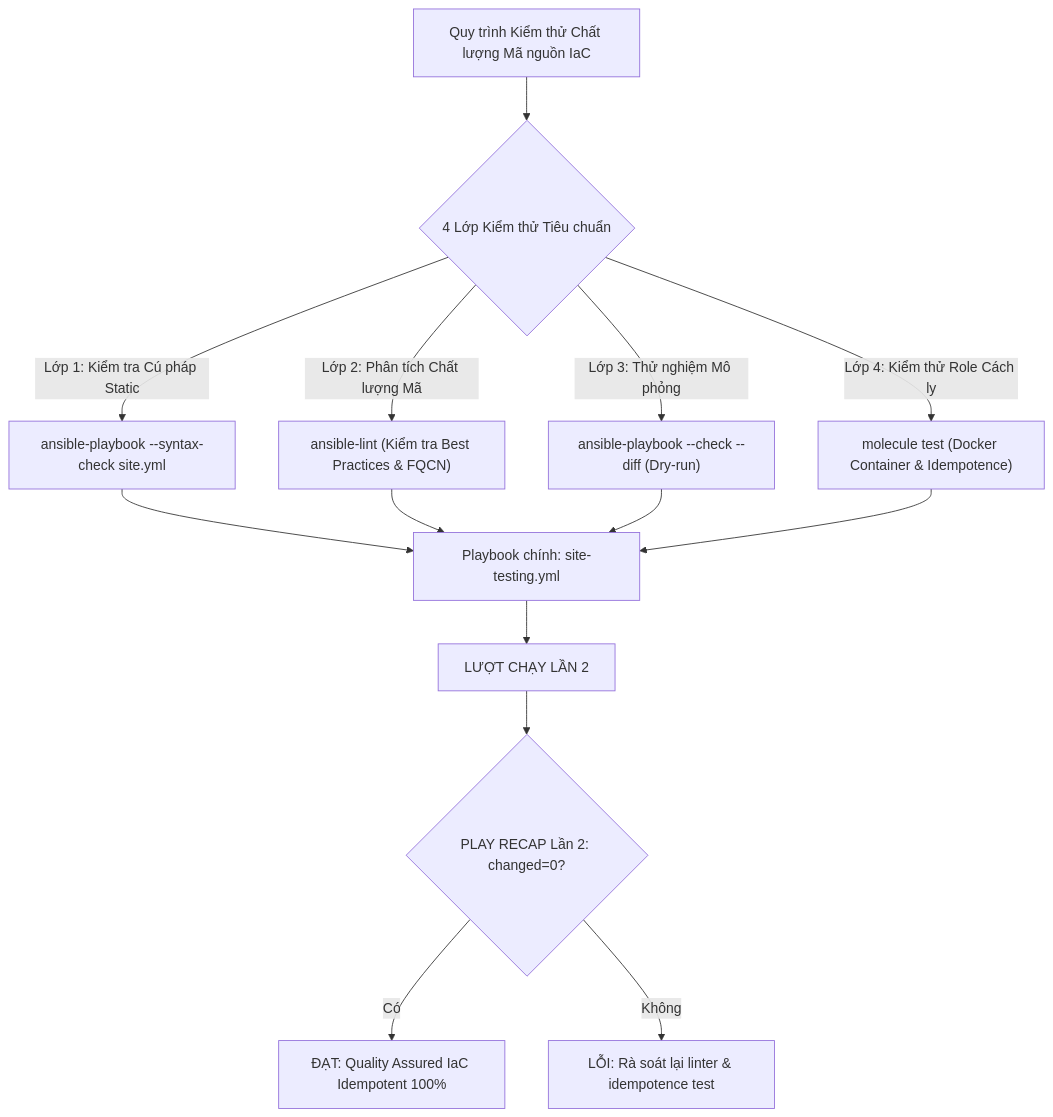
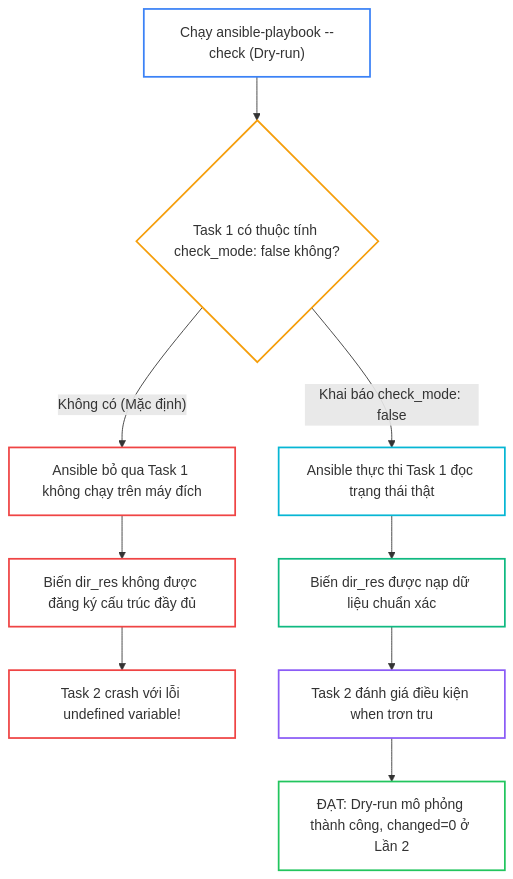
The second of 3 diagrams in _posts/2026-09-13-ansible-25-25-testing-lint-molecule.md (kiennt308/ntk), drawn with Mermaid before and after one commit. The commit also changed other lines of this file and 30 other files, not shown here.

````diff
--- a/_posts/2026-09-13-ansible-25-25-testing-lint-molecule.md
+++ b/_posts/2026-09-13-ansible-25-25-testing-lint-molecule.md
@@ -294,20 +224,22 @@
 ```mermaid
 flowchart TD
-    A["Quy trình Kiểm thử Chất lượng Mã nguồn IaC"] --> B{"4 Lớp Kiểm thử Tiêu chuẩn"}
+    A["Chạy ansible-playbook --check (Dry-run)"] --> B{"Task 1 có thuộc tính check_mode: false không?"}
+    B -->|"Không có (Mặc định)"| C["Ansible bỏ qua Task 1 không chạy trên máy đích"]
+    C --> D["Biến dir_res không được đăng ký cấu trúc đầy đủ"]
+    D --> E["Task 2 crash với lỗi undefined variable!"]
     
-    B -->|"Lớp 1: Kiểm tra Cú pháp Static"| C["ansible-playbook --syntax-check site.yml"]
-    B -->|"Lớp 2: Phân tích Chất lượng Mã"| D["ansible-lint (Kiểm tra Best Practices & FQCN)"]
-    B -->|"Lớp 3: Thử nghiệm Mô phỏng"| E["ansible-playbook --check --diff (Dry-run)"]
-    B -->|"Lớp 4: Kiểm thử Role Cách ly"| F["molecule test (Docker Container & Idempotence)"]
-    
-    C --> G["Playbook chính: site-testing.yml"]
-    D --> G
-    E --> G
-    F --> G
-    
-    G --> H["LƯỢT CHẠY LẦN 2"]
-    H --> I{"PLAY RECAP Lần 2: changed=0?"}
-    
-    I -- Có --> J["ĐẠT: Quality Assured IaC Idempotent 100%"]
-    I -- Không --> K["LỖI: Rà soát lại linter & idempotence test"]
+    B -->|"Khai báo check_mode: false"| F["Ansible thực thi Task 1 đọc trạng thái thật"]
+    F --> G["Biến dir_res được nạp dữ liệu chuẩn xác"]
+    G --> H["Task 2 đánh giá điều kiện when trơn tru"]
+    H --> I["ĐẠT: Dry-run mô phỏng thành công, changed=0 ở Lần 2"]
+
+    style A fill:none,stroke:#3b82f6,stroke-width:2px
+    style B fill:none,stroke:#f59e0b,stroke-width:2px
+    style C fill:none,stroke:#ef4444,stroke-width:2px
+    style D fill:none,stroke:#ef4444,stroke-width:2px
+    style E fill:none,stroke:#ef4444,stroke-width:2px
+    style F fill:none,stroke:#06b6d4,stroke-width:2px
+    style G fill:none,stroke:#10b981,stroke-width:2px
+    style H fill:none,stroke:#8b5cf6,stroke-width:2px
+    style I fill:none,stroke:#22c55e,stroke-width:2px
 ```
````
